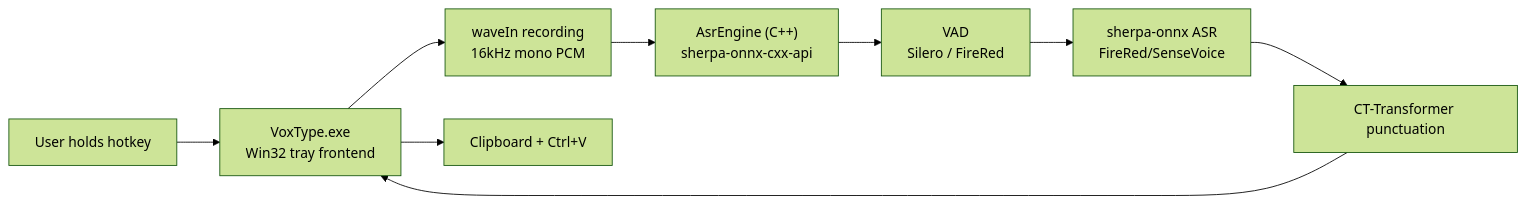
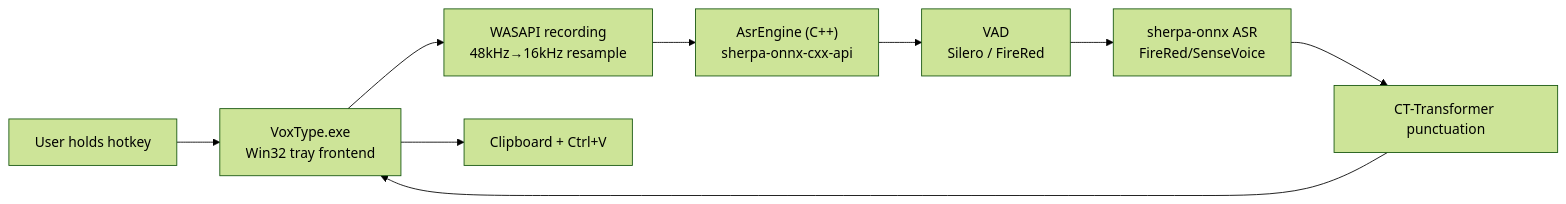
One commit to melody0709/Voice_LLM_ASR_Input changed the first of 2 diagrams in ARCHITECTURE.md. Above: the diagram before and after it, drawn with Mermaid (forest theme). The commit also changed other lines of this file and 17 other files, not shown here.

````diff
--- a/ARCHITECTURE.md
+++ b/ARCHITECTURE.md
@@ -9,11 +9,11 @@
 ```mermaid
 flowchart LR
     User["User holds hotkey"] --> Frontend["VoxType.exe<br/>Win32 tray frontend"]
-    Frontend --> Recorder["waveIn recording<br/>16kHz mono PCM"]
+    Frontend --> Recorder["WASAPI recording<br/>48kHz→16kHz resample"]
     Recorder --> Engine["AsrEngine (C++)<br/>sherpa-onnx-cxx-api"]
     Engine --> VAD["VAD<br/>Silero / FireRed"]
     VAD --> ASR["sherpa-onnx ASR<br/>FireRed/SenseVoice"]
     ASR --> Punct["CT-Transformer punctuation"]
     Punct --> Frontend
     Frontend --> Inject["Clipboard + Ctrl+V"]
 ```
````
